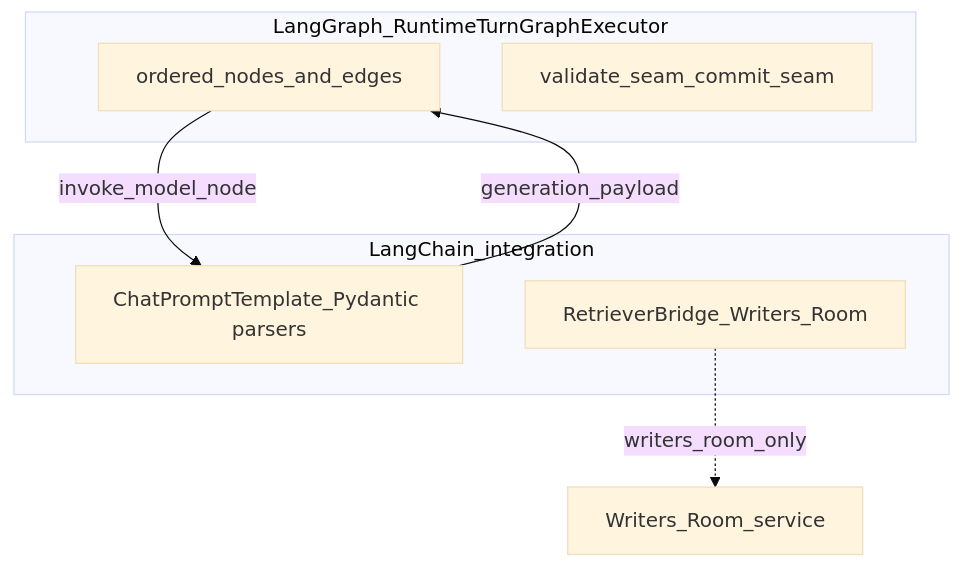
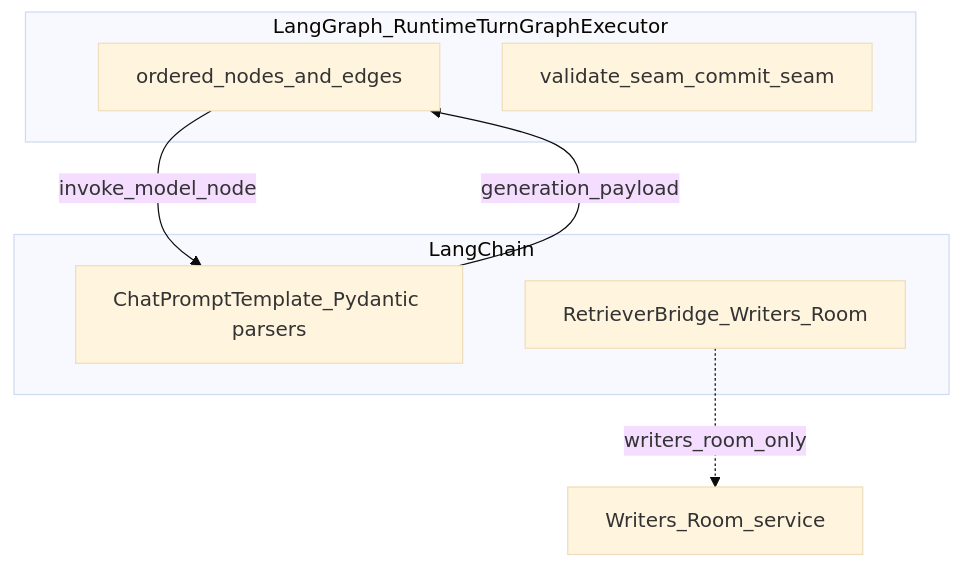
The second of 2 diagrams in docs/technical/integration/LangGraph.md (Held0fTheWelt/BLACKVEIN), drawn with Mermaid (base theme) before and after one commit. The commit also changed other lines of this file and 292 other files, not shown here.

````diff
--- a/docs/technical/integration/LangGraph.md
+++ b/docs/technical/integration/LangGraph.md
@@ -102,14 +102,14 @@
 ```mermaid
 flowchart TB
   subgraph LG[LangGraph_RuntimeTurnGraphExecutor]
     N1[ordered_nodes_and_edges]
     N2[validate_seam_commit_seam]
   end
-  subgraph LC[LangChain_integration]
+  subgraph LC[LangChain]
     P[ChatPromptTemplate_Pydantic parsers]
     RB[RetrieverBridge_Writers_Room]
   end
   N1 -->|invoke_model_node| P
   P -->|generation_payload| N1
   RB -.->|writers_room_only| WR[Writers_Room_service]
 ```
````
